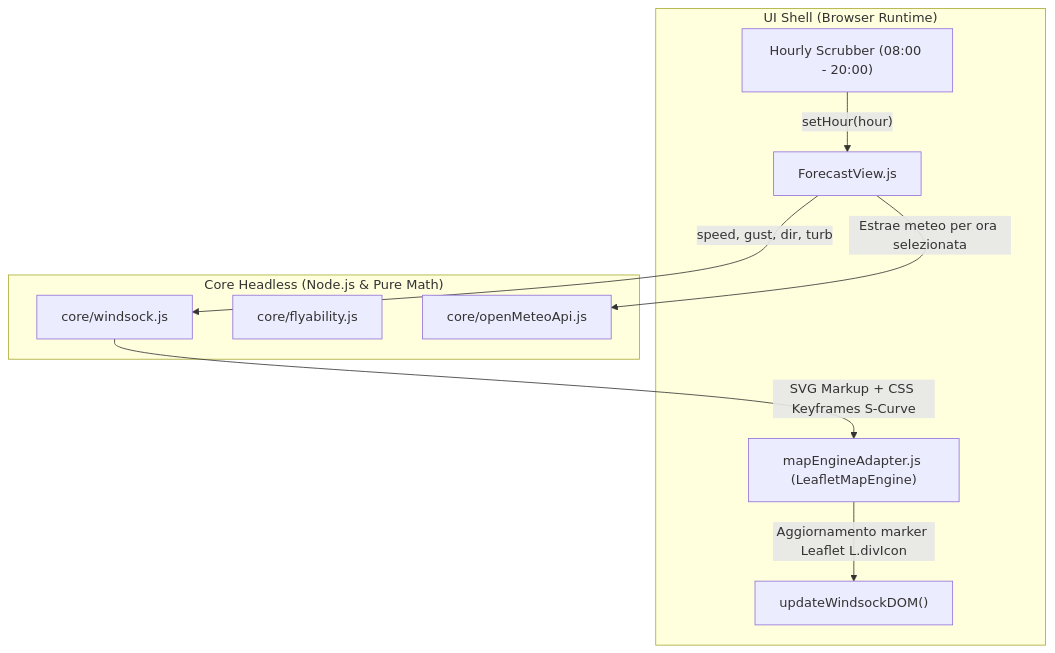
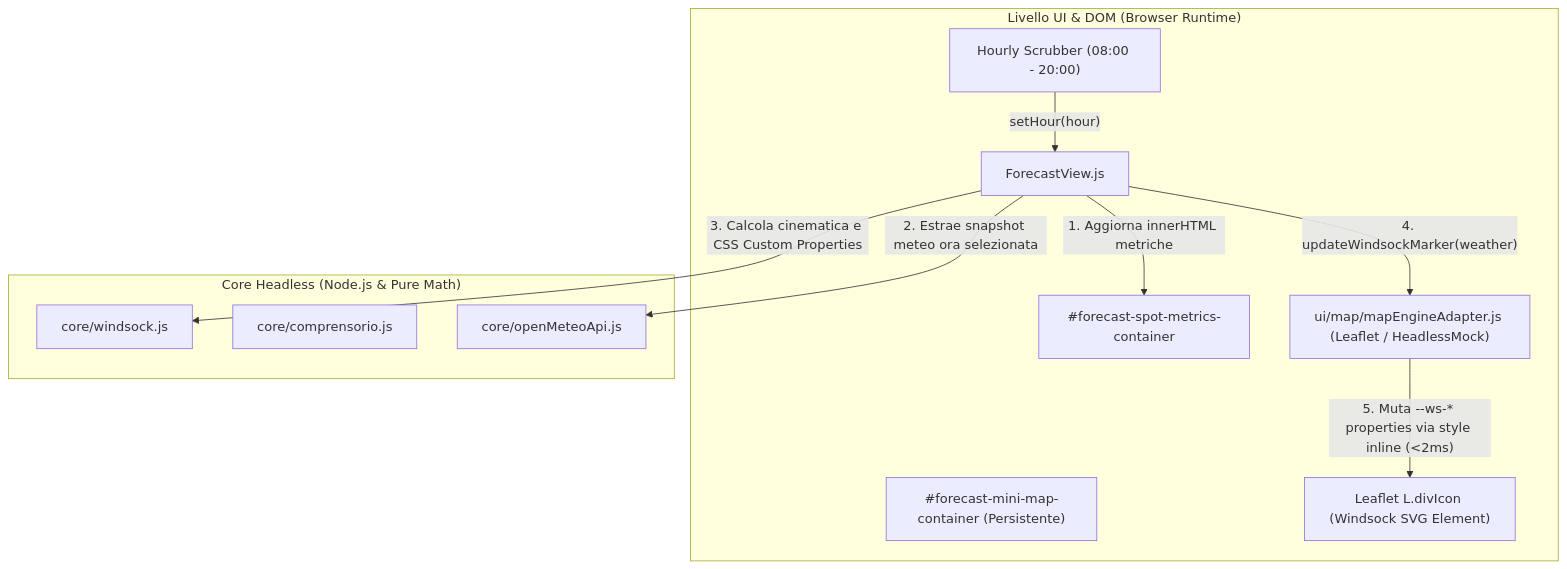
One commit to alessandroame/GlideMind changed the diagram in docs/FORECAST_MINIMAP_AND_WINDSOCK_PLAN.md. Above: the diagram before and after it, drawn with Mermaid. The commit also changed other lines of this file and 20 other files, not shown here.

First line of the commit message:
feat(map): integrate contextual mini map, vector windsock, and multi-layer cartography

````diff
--- a/docs/FORECAST_MINIMAP_AND_WINDSOCK_PLAN.md
+++ b/docs/FORECAST_MINIMAP_AND_WINDSOCK_PLAN.md
@@ -20,21 +21,24 @@
 ```mermaid
 flowchart TD
-    subgraph UI_Shell ["UI Shell (Browser Runtime)"]
+    subgraph UI_Presentation ["Livello UI & DOM (Browser Runtime)"]
         F["ForecastView.js"]
         SCRUB["Hourly Scrubber (08:00 - 20:00)"]
-        MAP_ENG["mapEngineAdapter.js (LeafletMapEngine)"]
-        DOM_WS["updateWindsockDOM()"]
+        METRICS_DOM["#forecast-spot-metrics-container"]
+        MAP_DOM["#forecast-mini-map-container (Persistente)"]
+        MAP_ENG["ui/map/mapEngineAdapter.js (Leaflet / HeadlessMock)"]
+        WS_MARKER["Leaflet L.divIcon (Windsock SVG Element)"]
     end
 
     subgraph Core_Headless ["Core Headless (Node.js & Pure Math)"]
         WS_CORE["core/windsock.js"]
-        FLY["core/flyability.js"]
+        COMP["core/comprensorio.js"]
         METEO["core/openMeteoApi.js"]
     end
 
     SCRUB -->|"setHour(hour)"| F
-    F -->|"Estrae meteo per ora selezionata"| METEO
-    F -->|"speed, gust, dir, turb"| WS_CORE
-    WS_CORE -->|"SVG Markup + CSS Keyframes S-Curve"| MAP_ENG
-    MAP_ENG -->|"Aggiornamento marker Leaflet L.divIcon"| DOM_WS
+    F -->|"1. Aggiorna innerHTML metriche"| METRICS_DOM
+    F -->|"2. Estrae snapshot meteo ora selezionata"| METEO
+    F -->|"3. Calcola cinematica e CSS Custom Properties"| WS_CORE
+    F -->|"4. updateWindsockMarker(weather)"| MAP_ENG
+    MAP_ENG -->|"5. Muta --ws-* properties via style inline (<2ms)"| WS_MARKER
 ```
````
